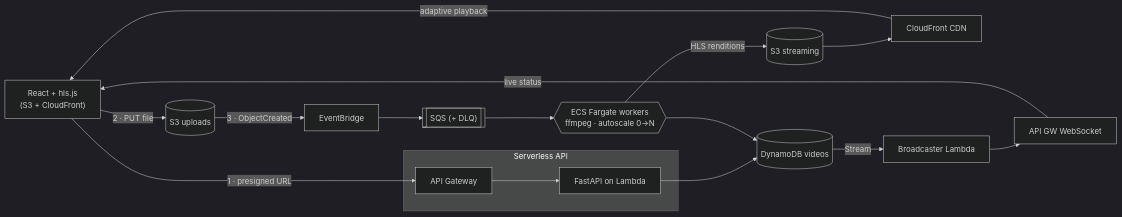
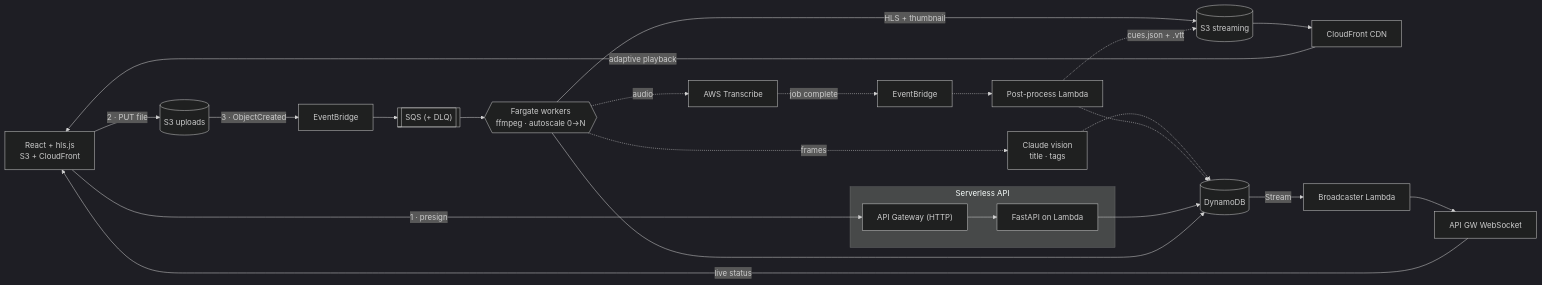
The diagram in README.md (jetty-setter/rabbithole), drawn with Mermaid (dark theme) before and after one commit. The commit also changed other lines of this file and 29 other files, not shown here.

````diff
--- a/README.md
+++ b/README.md
@@ -26,23 +40,34 @@
 ```mermaid
 flowchart LR
-    UI["React + hls.js<br/>(S3 + CloudFront)"]
+    UI["React + hls.js<br/>S3 + CloudFront"]
 
     subgraph API["Serverless API"]
-      APIGW["API Gateway"] --> L["FastAPI on Lambda"]
+      APIGW["API Gateway (HTTP)"] --> L["FastAPI on Lambda"]
     end
 
-    UI -->|"1 · presigned URL"| APIGW
+    UI -->|"1 · presign"| APIGW
     UI -->|"2 · PUT file"| UP[("S3 uploads")]
     UP -->|"3 · ObjectCreated"| EB["EventBridge"]
     EB --> Q[["SQS (+ DLQ)"]]
-    Q --> W{{"ECS Fargate workers<br/>ffmpeg · autoscale 0→N"}}
-    W -->|"HLS renditions"| ST[("S3 streaming")]
+    Q --> W{{"Fargate workers<br/>ffmpeg · autoscale 0→N"}}
+    W -->|"HLS + thumbnail"| ST[("S3 streaming")]
     ST --> CF["CloudFront CDN"]
     CF -->|"adaptive playback"| UI
 
-    L --> DB[("DynamoDB videos")]
+    %% AI metadata (synchronous, Claude vision)
+    W -.->|"frames"| AIV["Claude vision<br/>title · tags"]
+    AIV -.-> DB
+
+    %% Speech-to-text (async, event-driven)
+    W -.->|"audio"| TR["AWS Transcribe"]
+    TR -.->|"job complete"| TEB["EventBridge"]
+    TEB -.-> TL["Post-process Lambda"]
+    TL -.->|"cues.json + .vtt"| ST
+    TL -.-> DB
+
+    L --> DB[("DynamoDB")]
     W --> DB
     DB -->|"Stream"| BC["Broadcaster Lambda"]
     BC --> WS["API GW WebSocket"]
     WS -->|"live status"| UI
 ```
````
